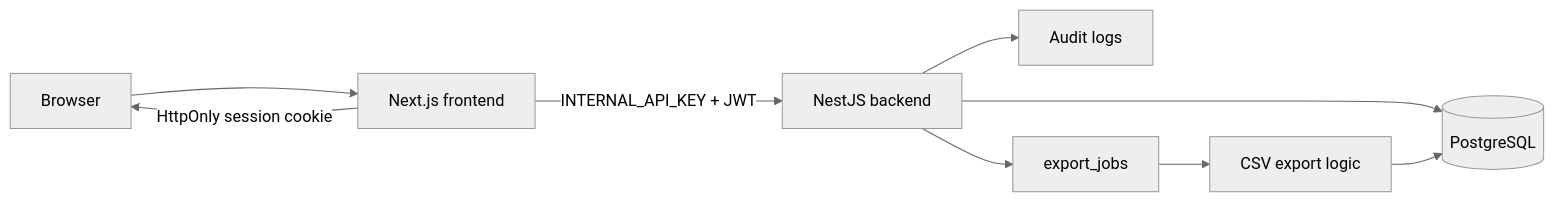
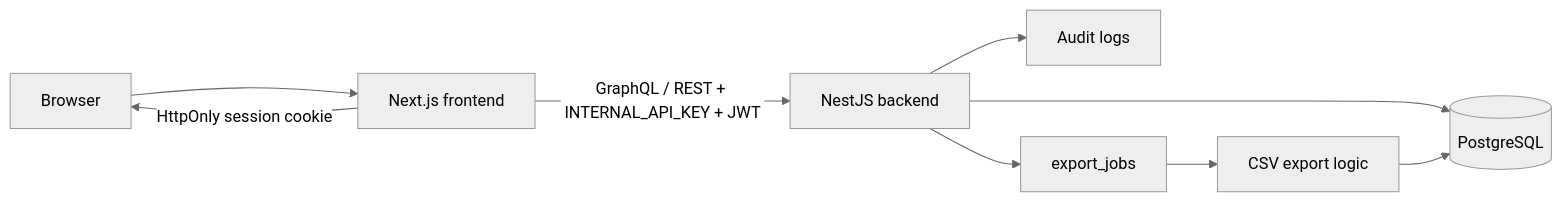
Before and after one commit to yusukesugahara/ReviewFlow: the diagram in docs/05_architecture.md, drawn with Mermaid (neutral theme). The commit also changed other lines of this file and 129 other files, not shown here.

Commit message:
feat: integrate Apollo Server and Relay for GraphQL support in backend, enhancing API capabilities and improving frontend-backend communication

````diff
--- a/docs/05_architecture.md
+++ b/docs/05_architecture.md
@@ -3,11 +3,11 @@
 ```mermaid
 flowchart LR
   Browser["Browser"] --> Frontend["Next.js frontend"]
   Frontend -->|HttpOnly session cookie| Browser
-  Frontend -->|INTERNAL_API_KEY + JWT| Backend["NestJS backend"]
+  Frontend -->|GraphQL / REST + INTERNAL_API_KEY + JWT| Backend["NestJS backend"]
   Backend --> Database[("PostgreSQL")]
   Backend --> Audit["Audit logs"]
   Backend --> Jobs["export_jobs"]
   Jobs --> ExportLogic["CSV export logic"]
   ExportLogic --> Database
 ```
````
